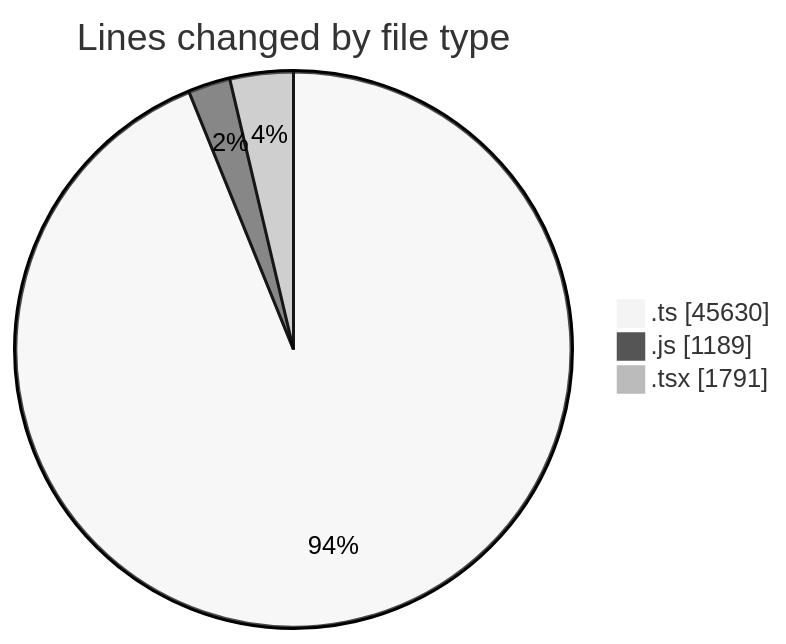
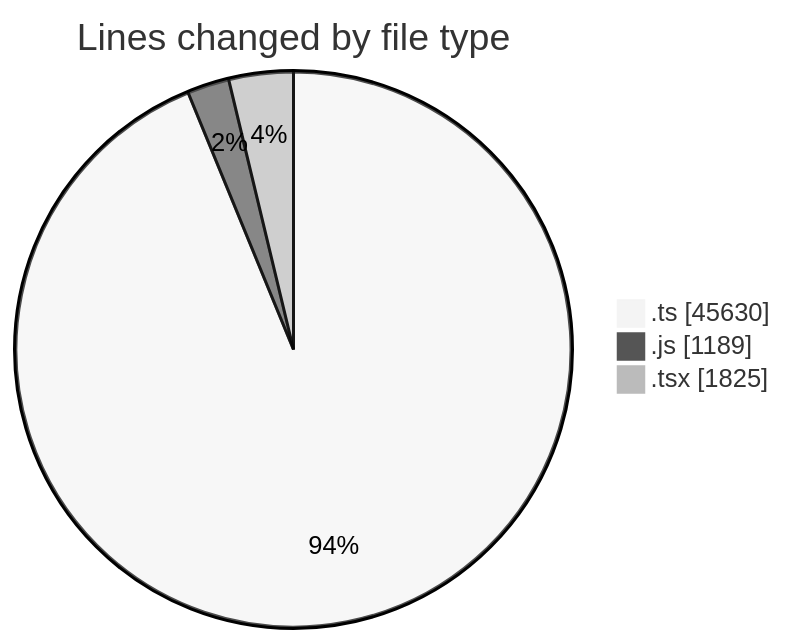
The first of 2 diagrams in 2026-11-03/cda/README.md (momahboobian/code-tracking), drawn with Mermaid (neutral theme) before and after one commit. The commit also changed other lines of this file and 1 other file, not shown here.

````diff
--- a/2026-11-03/cda/README.md
+++ b/2026-11-03/cda/README.md
@@ -44,7 +44,7 @@
 ```mermaid
 pie showData
 title Lines changed by file type
 ".ts" : 45630
 ".js" : 1189
-".tsx" : 1791
+".tsx" : 1825
 ```
````
